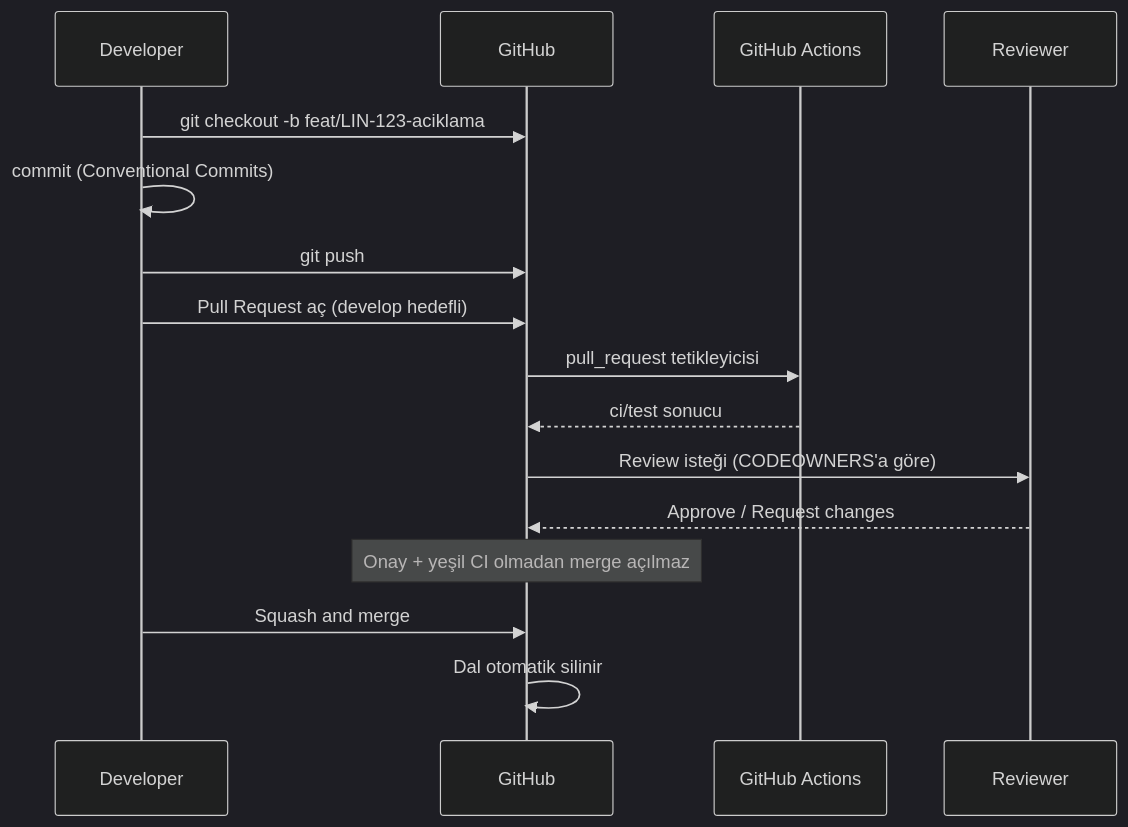
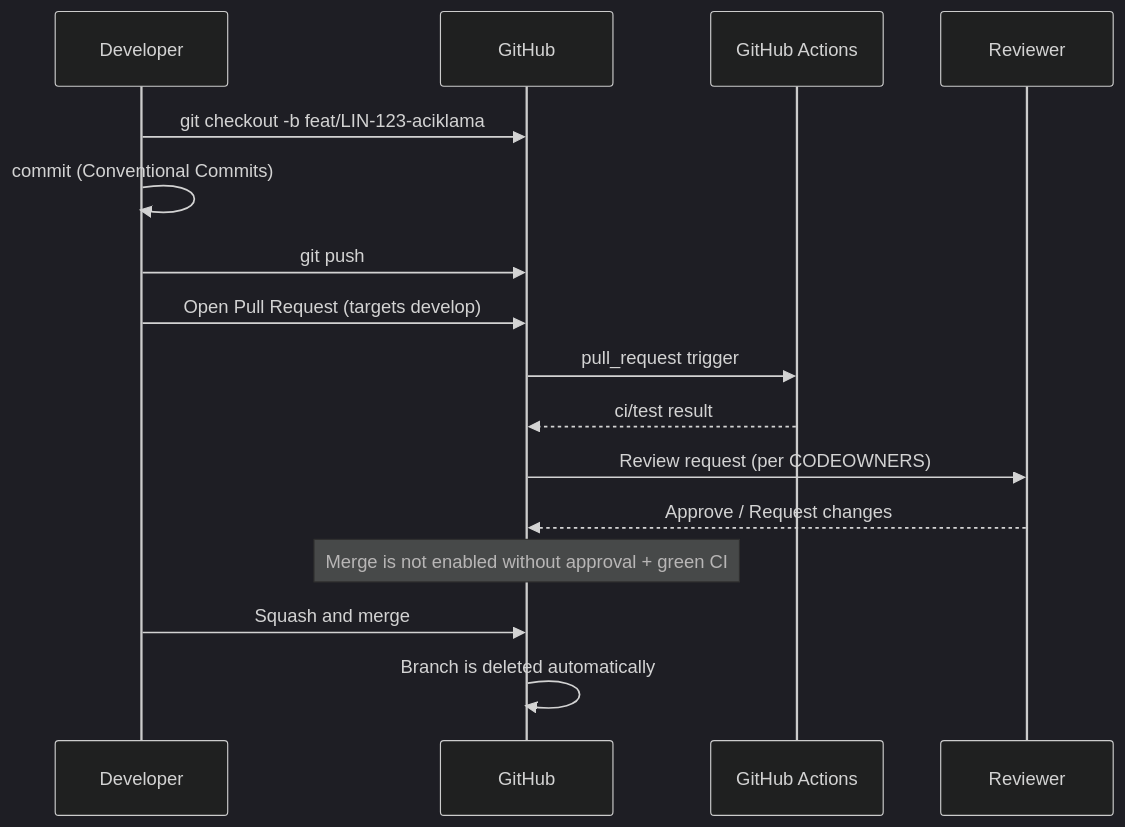
One commit to iceberg-pilot-test/Iceberg-GitHub-Infrastructure changed the second of 3 diagrams in docs/workflow-guide.md. Above: the diagram before and after it, drawn with Mermaid (dark theme). The commit also changed other lines of this file and 21 other files, not shown here.

````diff
--- a/docs/workflow-guide.md
+++ b/docs/workflow-guide.md
@@ -50,19 +50,19 @@
 ```mermaid
 sequenceDiagram
     participant D as Developer
     participant G as GitHub
     participant CI as GitHub Actions
     participant R as Reviewer
 
     D->>G: git checkout -b feat/LIN-123-aciklama
     D->>D: commit (Conventional Commits)
     D->>G: git push
-    D->>G: Pull Request aç (develop hedefli)
-    G->>CI: pull_request tetikleyicisi
-    CI-->>G: ci/test sonucu
-    G->>R: Review isteği (CODEOWNERS'a göre)
+    D->>G: Open Pull Request (targets develop)
+    G->>CI: pull_request trigger
+    CI-->>G: ci/test result
+    G->>R: Review request (per CODEOWNERS)
     R-->>G: Approve / Request changes
-    Note over G: Onay + yeşil CI olmadan merge açılmaz
+    Note over G: Merge is not enabled without approval + green CI
     D->>G: Squash and merge
-    G->>G: Dal otomatik silinir
+    G->>G: Branch is deleted automatically
 ```
````
